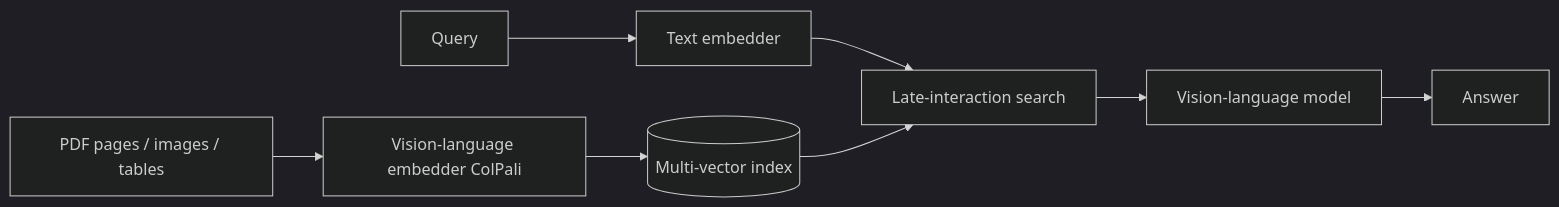
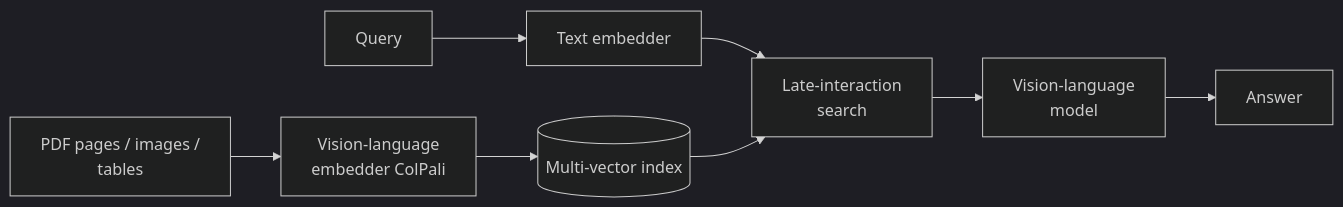
One commit to ajay-nikumbh/RAG-From-Basics-to-Production changed the diagram in 18. Multimodal RAG/README.md. Above: the diagram before and after it, drawn with Mermaid (dark theme). The commit also changed other lines of this file and 38 other files, not shown here.

First line of the commit message:
Group root README by pattern, widen tables, wrap diagram labels

````diff
--- a/18. Multimodal RAG/README.md
+++ b/18. Multimodal RAG/README.md
@@ -24,7 +24,7 @@
 ```mermaid
 flowchart LR
-    D[PDF pages / images / tables] --> VE[Vision-language embedder ColPali]
+    D[PDF pages / images /<br/>tables] --> VE[Vision-language<br/>embedder ColPali]
     VE --> V[(Multi-vector index)]
-    Q[Query] --> QE[Text embedder] --> R[Late-interaction search]
-    V --> R --> VLM[Vision-language model] --> A[Answer]
+    Q[Query] --> QE[Text embedder] --> R[Late-interaction<br/>search]
+    V --> R --> VLM[Vision-language<br/>model] --> A[Answer]
 ```
````
